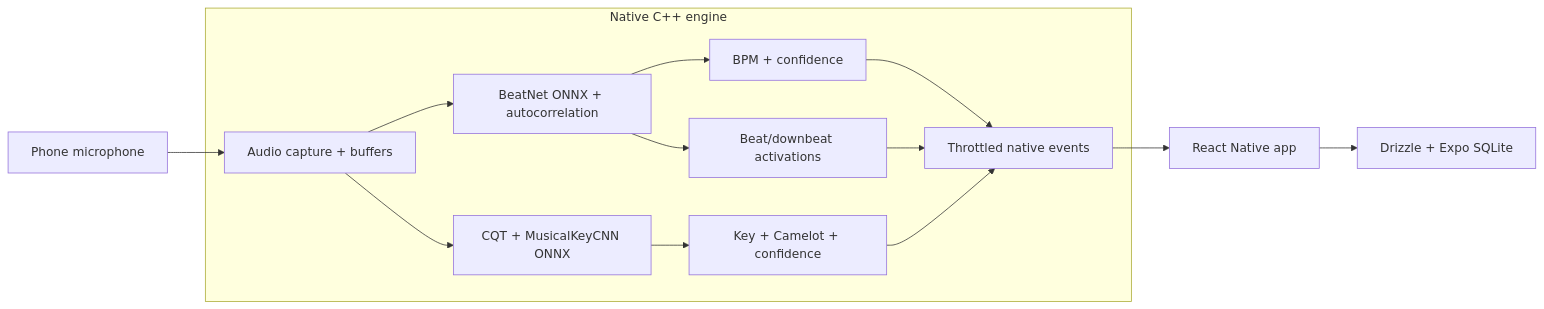
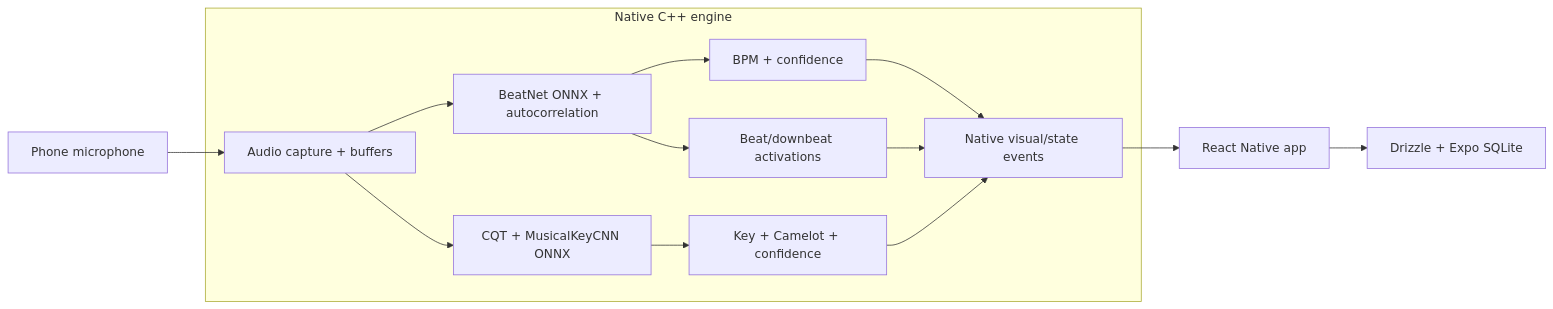
The diagram in README.md (jmcmullen/keyed), drawn with Mermaid before and after one commit. The commit also changed 30 other files, not shown here.

````diff
--- a/README.md
+++ b/README.md
@@ -38,21 +38,21 @@
 ```mermaid
 flowchart LR
 	Mic[Phone microphone] --> Capture
 
 	subgraph Engine[Native C++ engine]
 		Capture[Audio capture + buffers]
 		Capture --> BPM[BeatNet ONNX + autocorrelation]
 		Capture --> Key[CQT + MusicalKeyCNN ONNX]
 
 		BPM --> Tempo[BPM + confidence]
 		BPM --> Beat[Beat/downbeat activations]
 		Key --> Harmony[Key + Camelot + confidence]
 
-		Tempo --> Events[Throttled native events]
+		Tempo --> Events[Native visual/state events]
 		Harmony --> Events
 		Beat --> Events
 	end
 
 	Events --> App[React Native app]
 	App --> DB[Drizzle + Expo SQLite]
 ```
````
